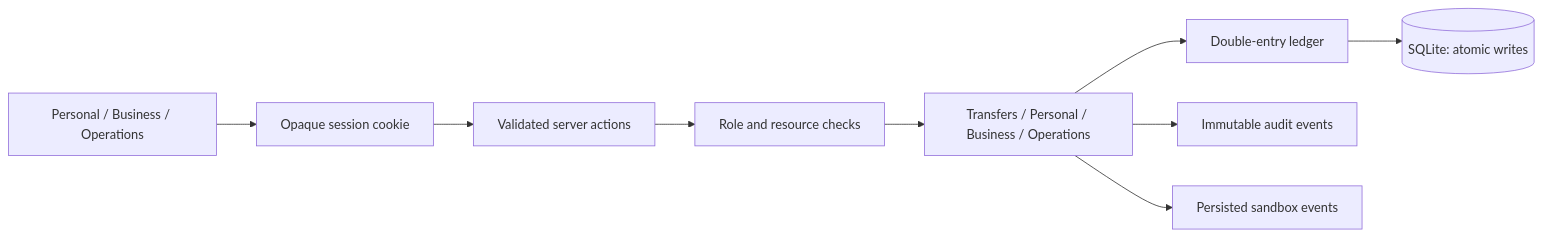
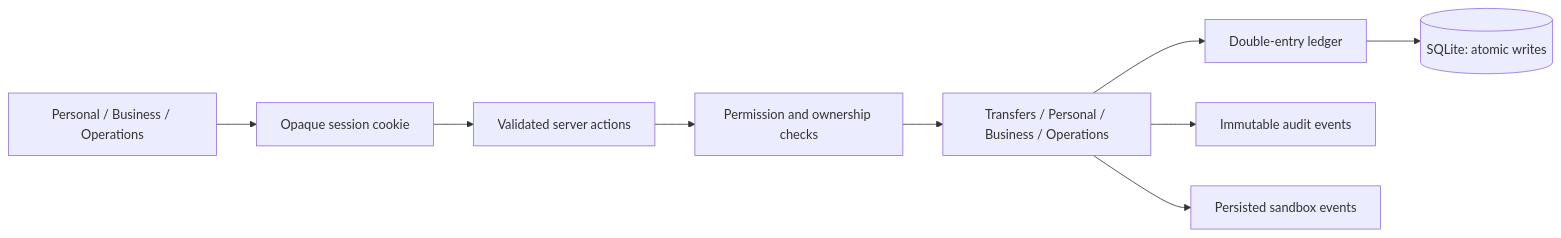
Before and after one commit to limon-l/fintech-atlas: the first of 2 diagrams in docs/BLUEPRINT.md, drawn with Mermaid. The commit also changed other lines of this file and 44 other files, not shown here.

````diff
--- a/docs/BLUEPRINT.md
+++ b/docs/BLUEPRINT.md
@@ -24,11 +40,11 @@
 ```mermaid
 flowchart LR
   UI[Personal / Business / Operations] --> Session[Opaque session cookie]
   Session --> Actions[Validated server actions]
-  Actions --> Access[Role and resource checks]
+  Actions --> Access[Permission and ownership checks]
   Access --> Domains[Transfers / Personal / Business / Operations]
   Domains --> Ledger[Double-entry ledger]
   Ledger --> DB[(SQLite: atomic writes)]
   Domains --> Audit[Immutable audit events]
   Domains --> Events[Persisted sandbox events]
 ```
````
